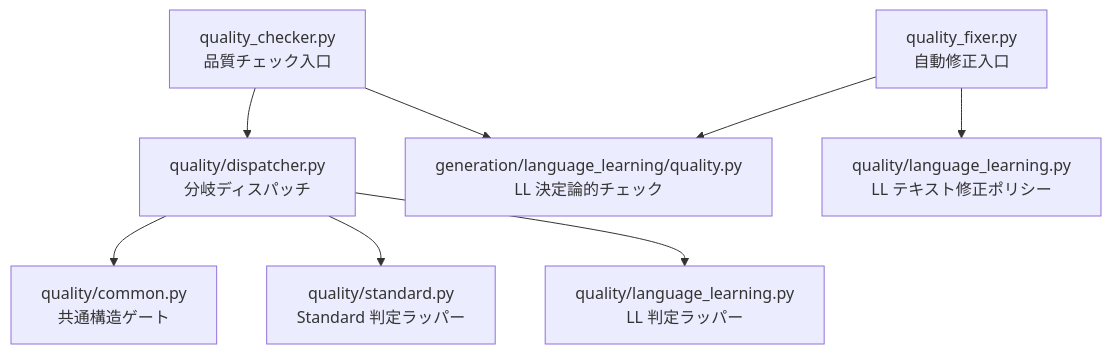
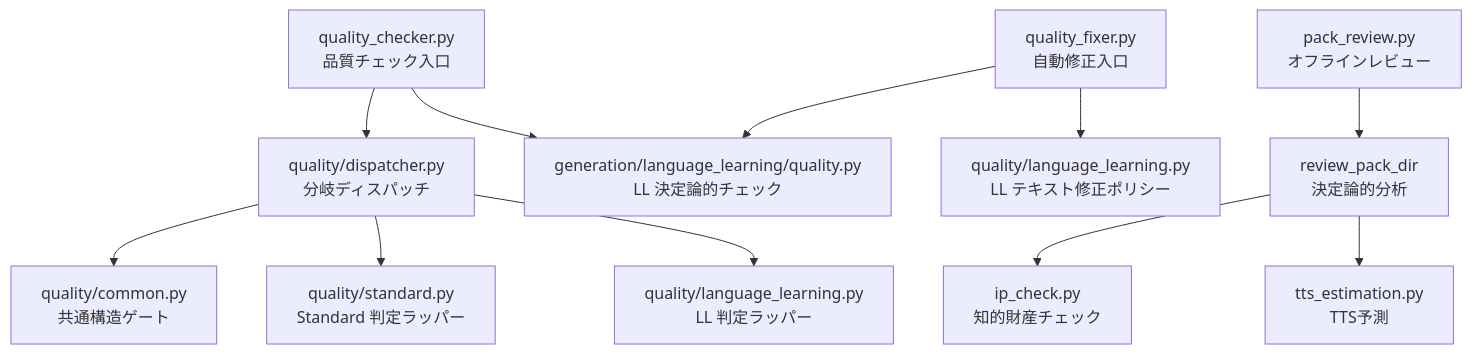
Before and after one commit to RazWeb3/sokqa-studio: the first of 8 diagrams in .qoder/repowiki/ja/content/品質チェック・自動修正サブシステム.md, drawn with Mermaid. The commit also changed other lines of this file and 1 other file, not shown here.

First line of the commit message:
feat(pack_review): オフラインパックレビュー機能を追加する

````diff
--- a/.qoder/repowiki/ja/content/品質チェック・自動修正サブシステム.md
+++ b/.qoder/repowiki/ja/content/品質チェック・自動修正サブシステム.md
@@ -34,10 +43,13 @@
 ```mermaid
 graph TB
 QC["quality_checker.py<br/>品質チェック入口"] --> D["quality/dispatcher.py<br/>分岐ディスパッチ"]
 D --> C["quality/common.py<br/>共通構造ゲート"]
 D --> S["quality/standard.py<br/>Standard 判定ラッパー"]
 D --> LLQ["quality/language_learning.py<br/>LL 判定ラッパー"]
 QC --> GQL["generation/language_learning/quality.py<br/>LL 決定論的チェック"]
 QF["quality_fixer.py<br/>自動修正入口"] --> GQL
 QF --> QLL["quality/language_learning.py<br/>LL テキスト修正ポリシー"]
+PR["pack_review.py<br/>オフラインレビュー"] --> PRF["review_pack_dir<br/>決定論的分析"]
+PRF --> IP["ip_check.py<br/>知的財産チェック"]
+PRF --> TTS["tts_estimation.py<br/>TTS予測"]
 ```
````
